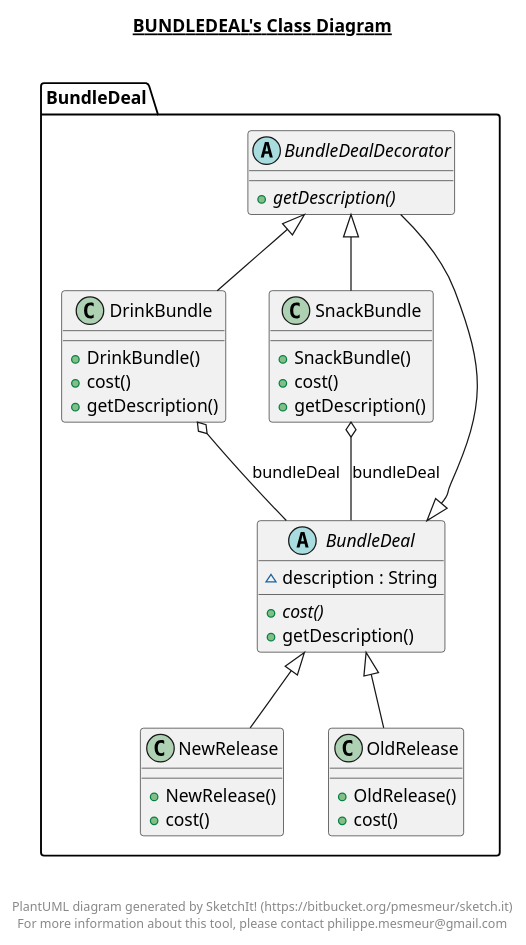
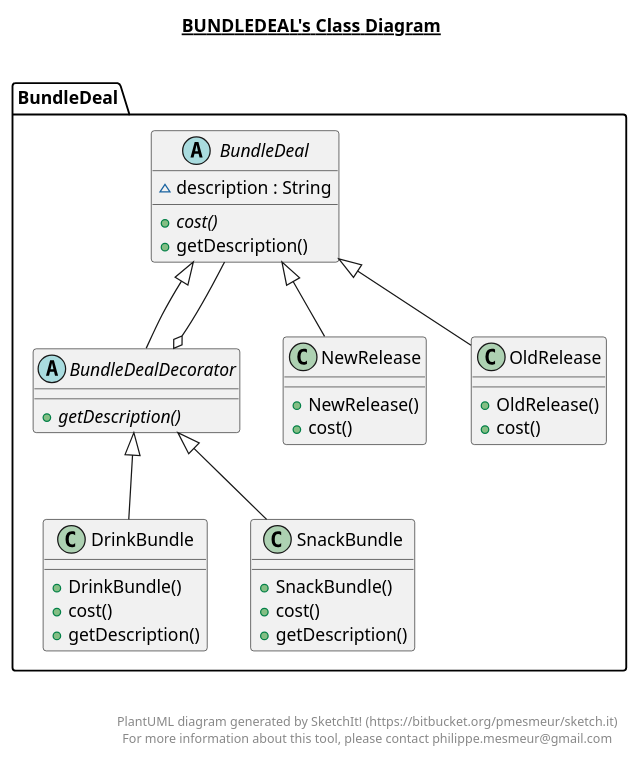
One commit to Kenzki/design-patterns-dvd-rental-system changed the diagram in src/BundleDeal/Decorator.plantuml. Above: the diagram before and after it, drawn with PlantUML. The commit also changed 2 other files, not shown here.

Commit message:
Updated UML Diagram

```diff
--- a/src/BundleDeal/Decorator.plantuml
+++ b/src/BundleDeal/Decorator.plantuml
@@ -1,65 +1,63 @@
 @startuml
 
 title __BUNDLEDEAL's Class Diagram__\n
 
 
       abstract class BundleDeal.BundleDeal {
           ~ description : String
           {abstract} + cost()
           + getDescription()
       }
 
 
 
       abstract class BundleDeal.BundleDealDecorator {
           {abstract} + getDescription()
 
 }
 
 
       class BundleDeal.DrinkBundle {
           + DrinkBundle()
           + cost()
           + getDescription()
       }
 
 
 
       class BundleDeal.NewRelease {
           + NewRelease()
           + cost()
       }
 
 
 
       class BundleDeal.OldRelease {
           + OldRelease()
           + cost()
       }
 
   
 
       class BundleDeal.SnackBundle {
           + SnackBundle()
           + cost()
           + getDescription()
       }
 
 
   BundleDeal.BundleDealDecorator -up-|> BundleDeal.BundleDeal
   BundleDeal.DrinkBundle -up-|> BundleDeal.BundleDealDecorator
-  BundleDeal.DrinkBundle o-- BundleDeal.BundleDeal : bundleDeal
   BundleDeal.NewRelease -up-|> BundleDeal.BundleDeal
   BundleDeal.OldRelease -up-|> BundleDeal.BundleDeal
   BundleDeal.SnackBundle -up-|> BundleDeal.BundleDealDecorator
-  BundleDeal.SnackBundle o-- BundleDeal.BundleDeal : bundleDeal
-
+  BundleDeal.BundleDeal --o BundleDeal.BundleDealDecorator
 
 right footer
 
 
 PlantUML diagram generated by SketchIt! (https://bitbucket.org/pmesmeur/sketch.it)
 For more information about this tool, please contact philippe.mesmeur@gmail.com
 endfooter
 
 @enduml
```
